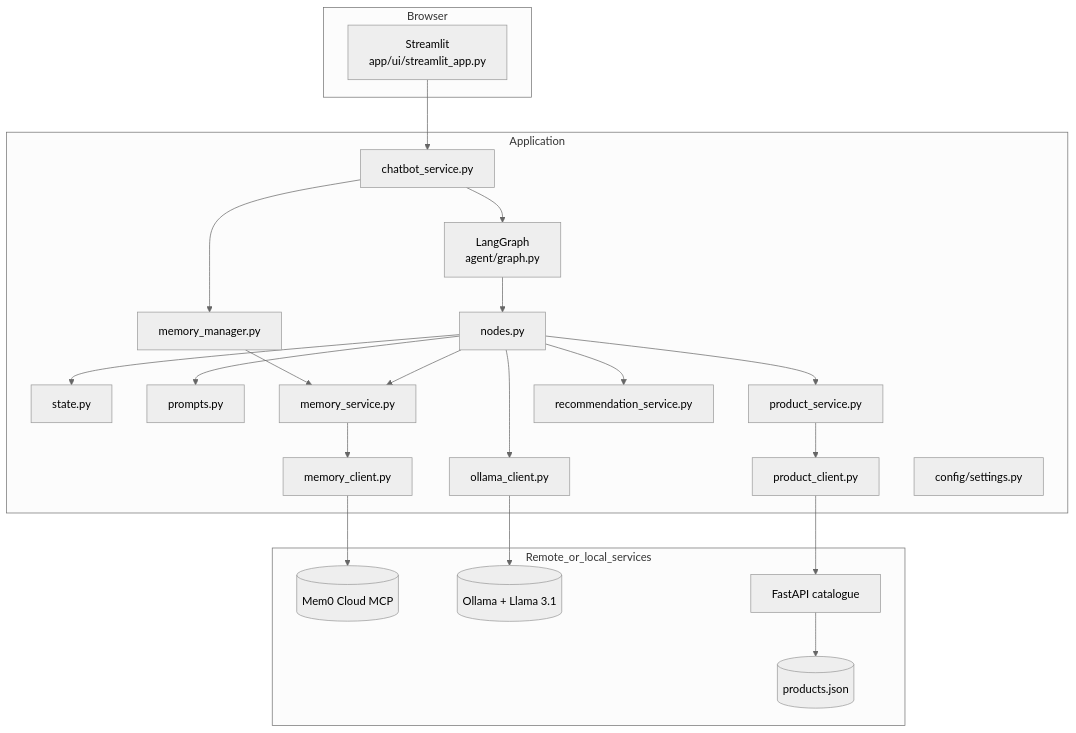
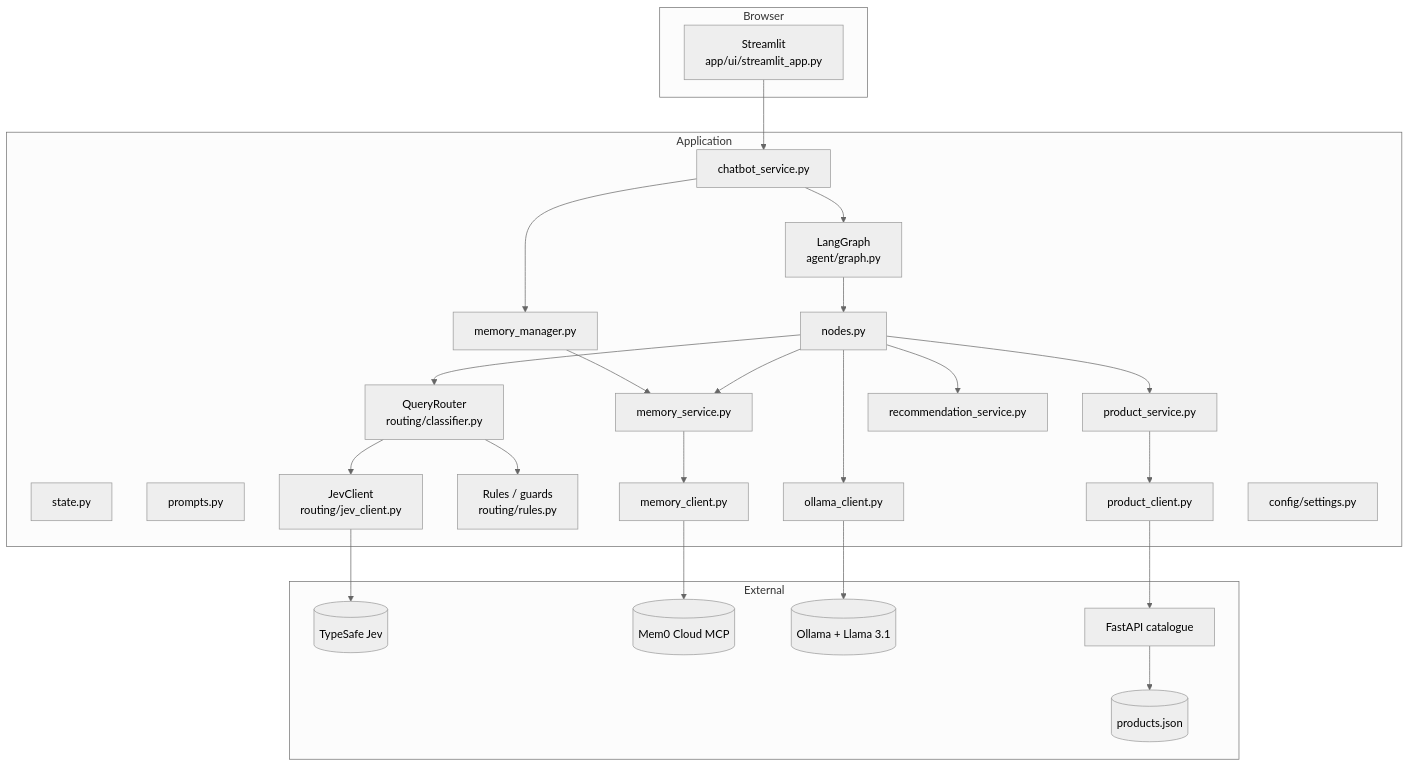
The diagram in docs/explanations/overall_architecture.md (psbuilds/retail-mem0-poc), drawn with Mermaid (neutral theme) before and after one commit. The commit also changed other lines of this file and 56 other files, not shown here.

Commit message:
Added a jev based query routing node, and modifed the langgraph flow accordingly to prodeuce better tailored responses and to invoke mcp/api only when the user query demands it without invoking in each call

````diff
--- a/docs/explanations/overall_architecture.md
+++ b/docs/explanations/overall_architecture.md
@@ -14,47 +12,53 @@
 ```mermaid
 flowchart TB
     subgraph Browser
         UI[Streamlit<br/>app/ui/streamlit_app.py]
     end
 
     subgraph Application
         CS[chatbot_service.py]
         G[LangGraph<br/>agent/graph.py]
         N[nodes.py]
         S[state.py]
         P[prompts.py]
+        QR[QueryRouter<br/>routing/classifier.py]
+        JC[JevClient<br/>routing/jev_client.py]
+        RR[Rules / guards<br/>routing/rules.py]
         MM[memory_manager.py]
         MS[memory_service.py]
         MC[memory_client.py]
         PS[product_service.py]
         PC[product_client.py]
         REC[recommendation_service.py]
         OL[ollama_client.py]
         CFG[config/settings.py]
     end
 
-    subgraph Remote_or_local_services
+    subgraph External
+        JEV[(TypeSafe Jev)]
         MCP[(Mem0 Cloud MCP)]
         OLL[(Ollama + Llama 3.1)]
         API[FastAPI catalogue]
         JSON[(products.json)]
     end
 
     UI --> CS
     CS --> G
     G --> N
-    N --> S
-    N --> P
+    N --> QR
+    QR --> JC
+    QR --> RR
+    JC --> JEV
     N --> MS
+    MS --> MC
+    MC --> MCP
+    MM --> MS
     N --> PS
-    N --> REC
-    N --> OL
-    MS --> MC
-    MM --> MS
-    MC --> MCP
     PS --> PC
     PC --> API
     API --> JSON
+    N --> REC
+    N --> OL
     OL --> OLL
     CS --> MM
 ```
````
